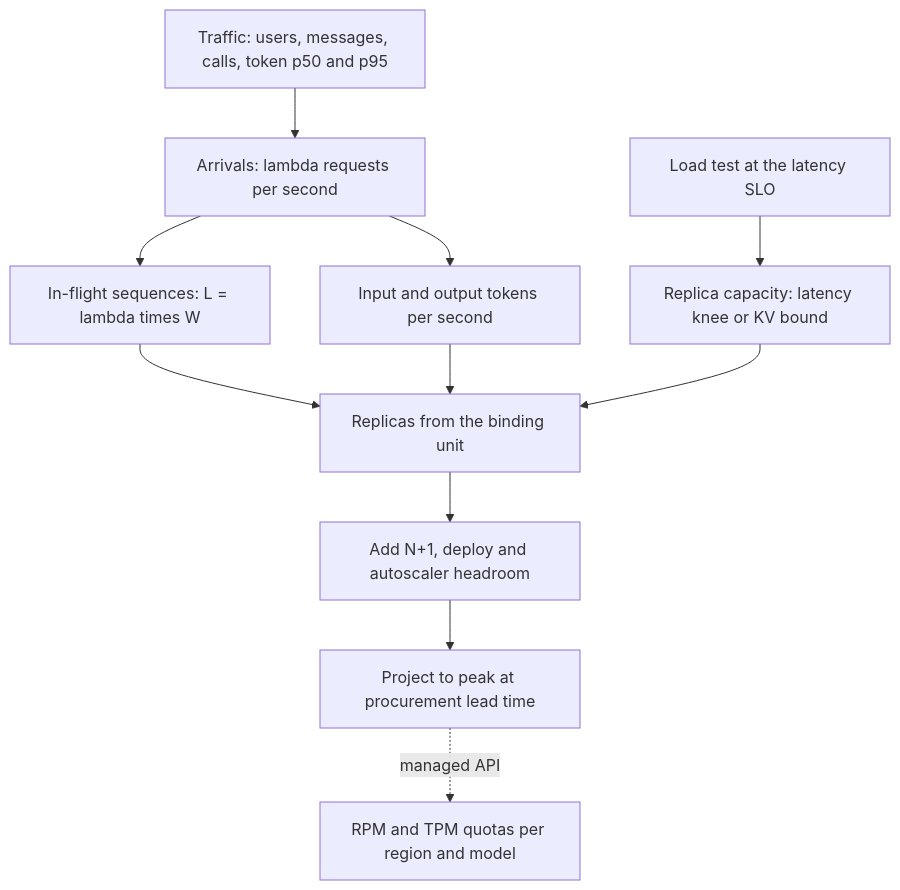
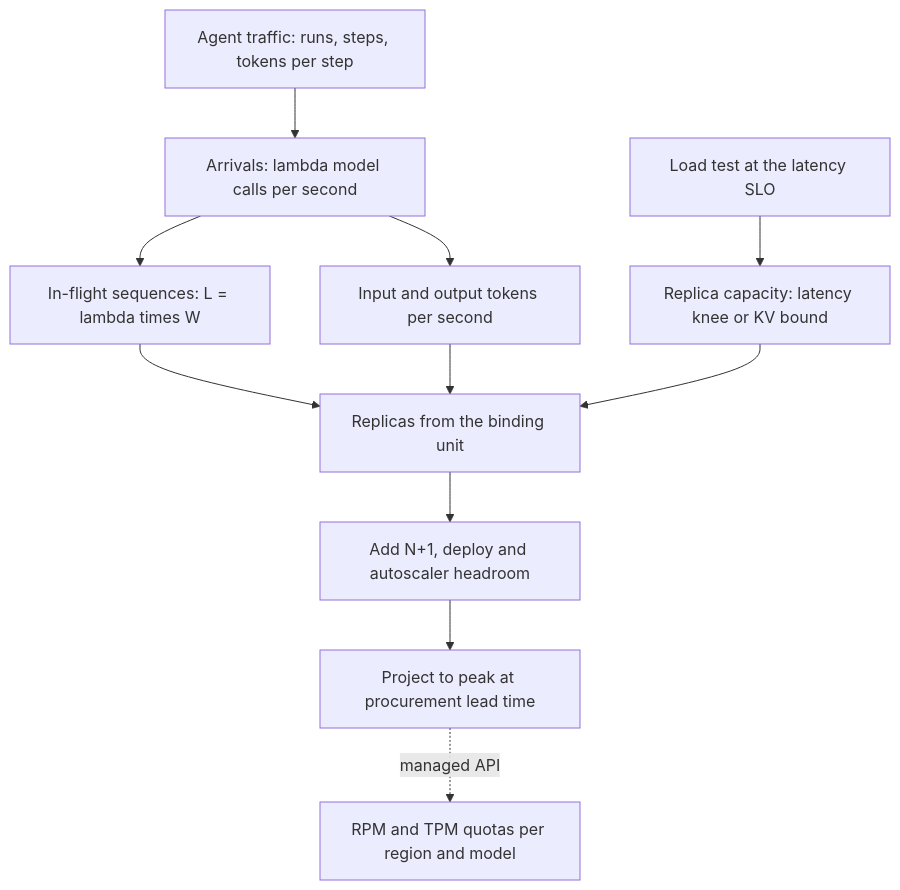
One commit to lovishmahajan97/agentic-learning changed the diagram in content/infra-capacity-economics/capacity-planning.md. Above: the diagram before and after it, drawn with Mermaid. The commit also changed other lines of this file and 485 other files, not shown here.

````diff
--- a/content/infra-capacity-economics/capacity-planning.md
+++ b/content/infra-capacity-economics/capacity-planning.md
@@ -119,13 +144,13 @@
 ```mermaid
 flowchart TD
-    T["Traffic: users, messages, calls, token p50 and p95"] --> A["Arrivals: lambda requests per second"]
+    T["Agent traffic: runs, steps, tokens per step"] --> A["Arrivals: lambda model calls per second"]
     A --> TK["Input and output tokens per second"]
     A --> L["In-flight sequences: L = lambda times W"]
     LT["Load test at the latency SLO"] --> C["Replica capacity: latency knee or KV bound"]
     L --> S["Replicas from the binding unit"]
     TK --> S
     C --> S
     S --> H["Add N+1, deploy and autoscaler headroom"]
     H --> G["Project to peak at procurement lead time"]
     G -.->|"managed API"| Q["RPM and TPM quotas per region and model"]
 ```
````
